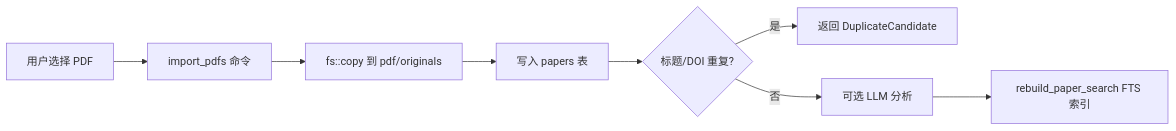
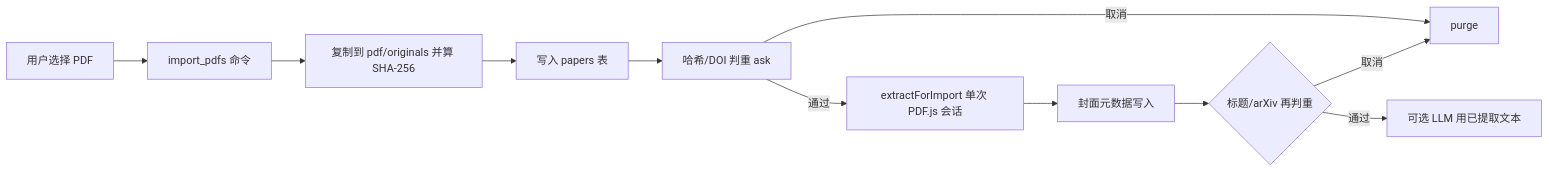
One commit to naipings/PaperNest changed the fourth of 8 diagrams in docs/DEVELOPMENT.md. Above: the diagram before and after it, drawn with Mermaid. The commit also changed other lines of this file and 55 other files, not shown here.

````diff
--- a/docs/DEVELOPMENT.md
+++ b/docs/DEVELOPMENT.md
@@ -115,10 +108,13 @@
 ```mermaid
 flowchart LR
   A[用户选择 PDF] --> B[import_pdfs 命令]
-  B --> C[fs::copy 到 pdf/originals]
+  B --> C[复制到 pdf/originals 并算 SHA-256]
   C --> D[写入 papers 表]
-  D --> E{标题/DOI 重复?}
-  E -->|是| F[返回 DuplicateCandidate]
-  E -->|否| G[可选 LLM 分析]
-  G --> H[rebuild_paper_search FTS 索引]
+  D --> E[哈希/DOI 判重 ask]
+  E -->|取消| J[purge]
+  E -->|通过| F[extractForImport 单次 PDF.js 会话]
+  F --> G[封面元数据写入]
+  G --> H{标题/arXiv 再判重}
+  H -->|取消| J
+  H -->|通过| I[可选 LLM 用已提取文本]
 ```
````
